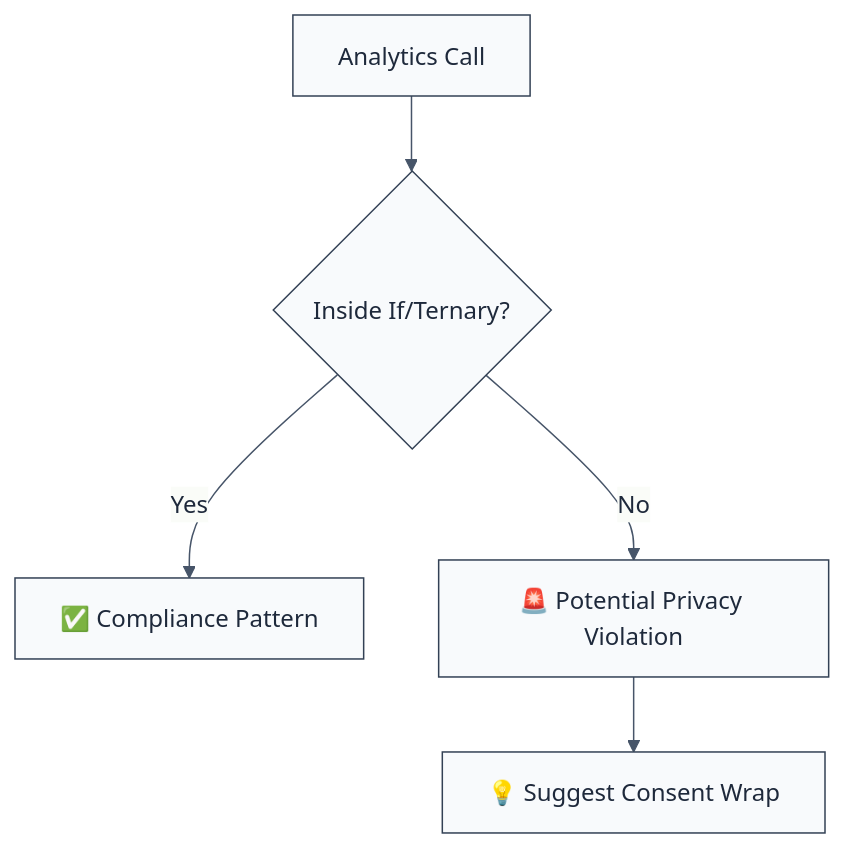
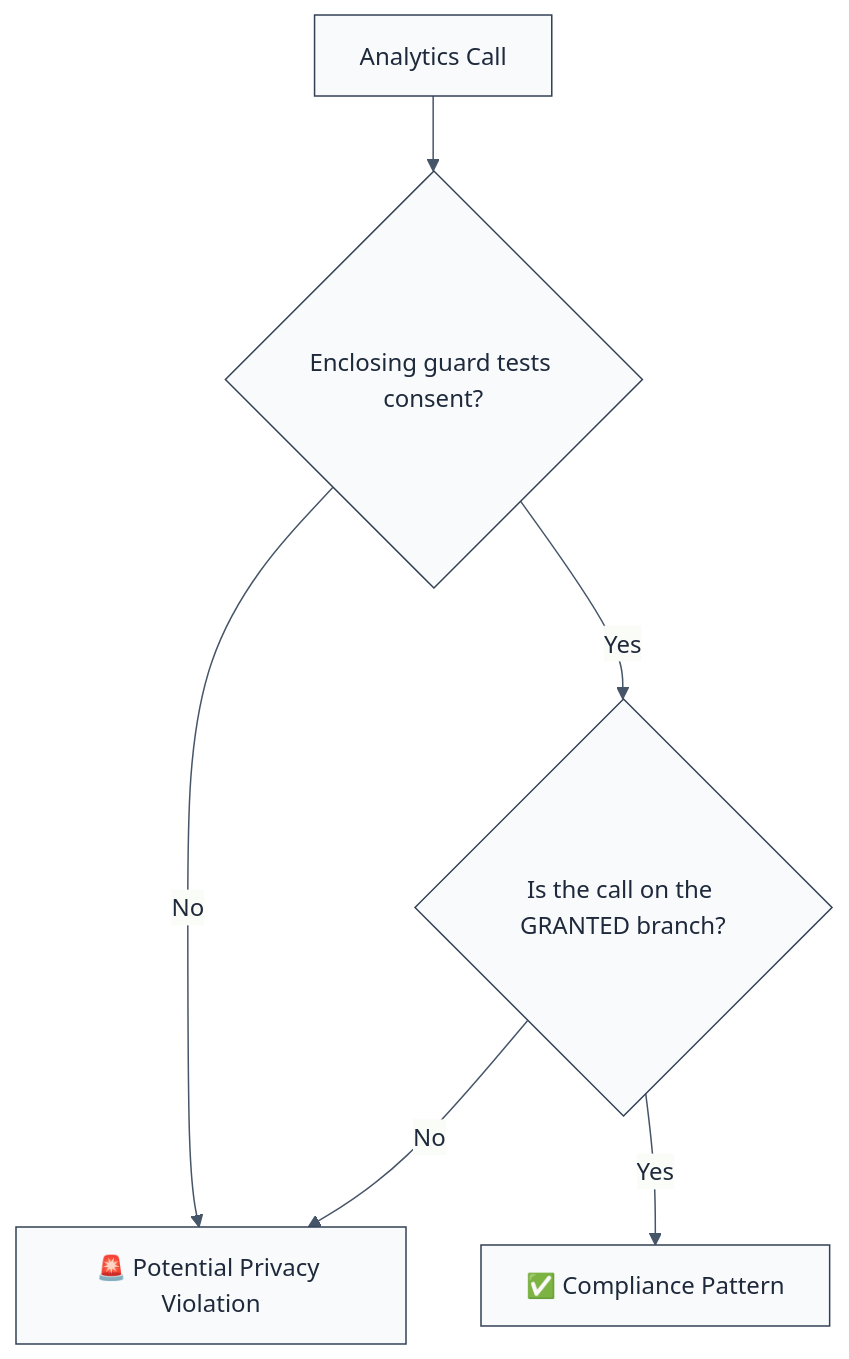
One commit to ofri-peretz/eslint changed the diagram in apps/docs/content/docs/security/plugin-browser-security/rules/no-tracking-without-consent.mdx. Above: the diagram before and after it, drawn with Mermaid. The commit also changed other lines of this file and 55 other files, not shown here.

````diff
--- a/apps/docs/content/docs/security/plugin-browser-security/rules/no-tracking-without-consent.mdx
+++ b/apps/docs/content/docs/security/plugin-browser-security/rules/no-tracking-without-consent.mdx
@@ -57,21 +57,22 @@
 ```mermaid
 %%{init: {
   'theme': 'base',
   'themeVariables': {
     'primaryColor': '#f8fafc',
     'primaryTextColor': '#1e293b',
     'primaryBorderColor': '#334155',
     'lineColor': '#475569',
     'c0': '#f8fafc',
     'c1': '#f1f5f9',
     'c2': '#e2e8f0',
     'c3': '#cbd5e1'
   }
 }}%%
 flowchart TD
-    A["Analytics Call"] --> B{"Inside If/Ternary?"}
-    B -->|Yes| C["✅ Compliance Pattern"]
+    A["Analytics Call"] --> B{"Enclosing guard tests consent?"}
     B -->|No| D["🚨 Potential Privacy Violation"]
-    D --> E["💡 Suggest Consent Wrap"]
+    B -->|Yes| C{"Is the call on the GRANTED branch?"}
+    C -->|Yes| E["✅ Compliance Pattern"]
+    C -->|No| D
 
 ```
````
